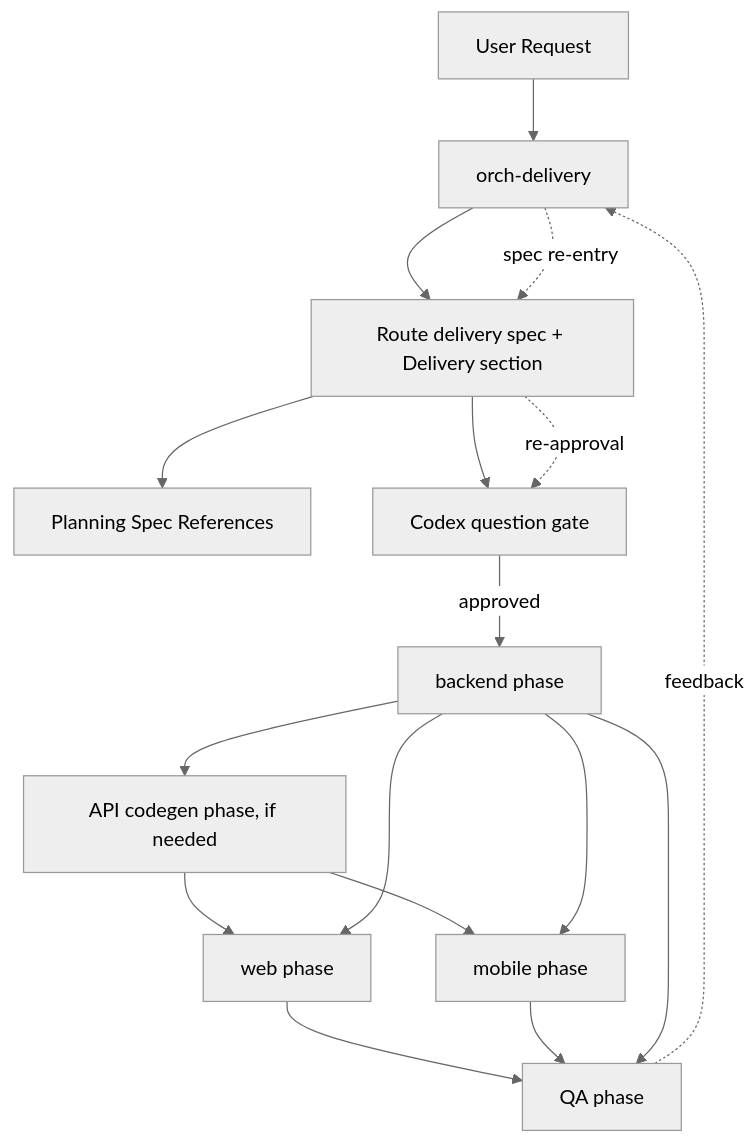
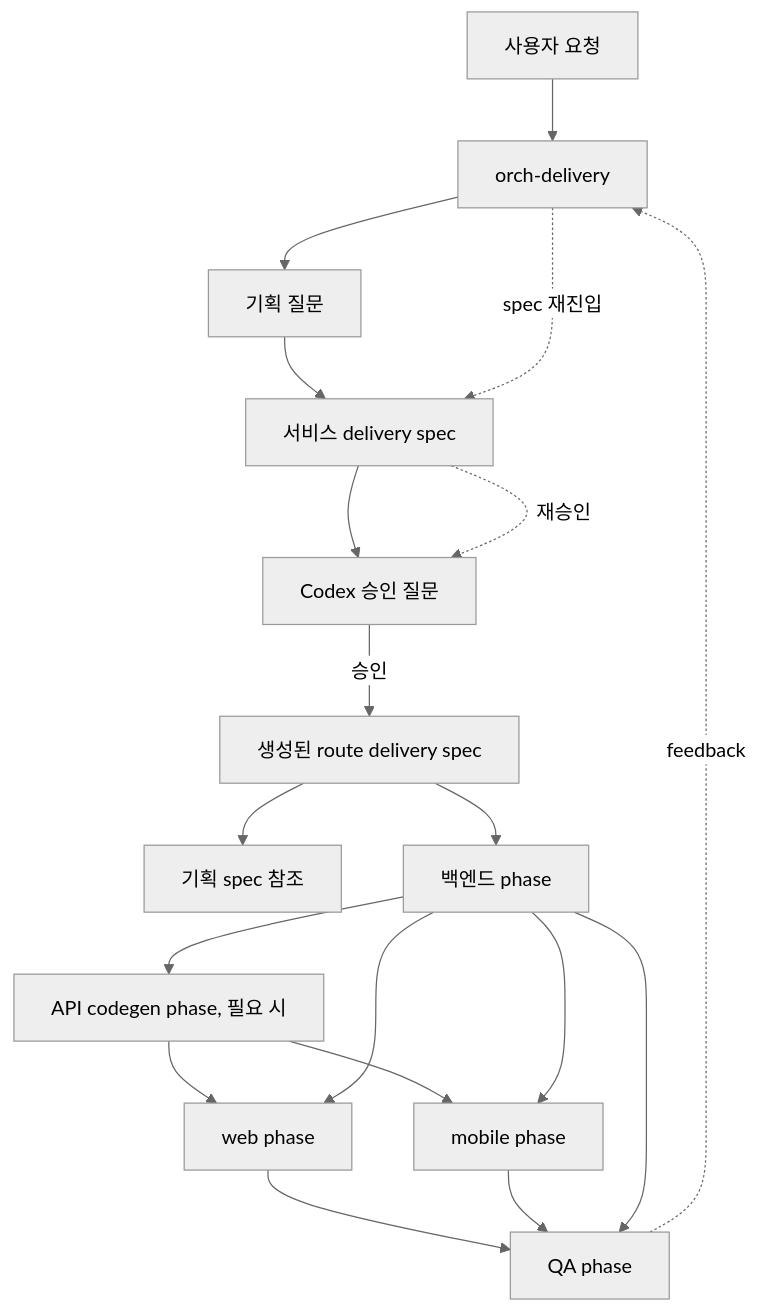
The first of 5 diagrams in docs/orchestration-agent-relationship-flow.md (kimjoongwon/prj-core), drawn with Mermaid (neutral theme) before and after one commit. The commit also changed other lines of this file and 5 other files, not shown here.

Commit message:
docs: 서비스 delivery 오케스트레이션 정리

````diff
--- a/docs/orchestration-agent-relationship-flow.md
+++ b/docs/orchestration-agent-relationship-flow.md
@@ -9,20 +10,22 @@
 ```mermaid
 flowchart TD
-  Request["User Request"] --> Delivery["orch-delivery"]
-  Delivery --> Spec["Route delivery spec + Delivery section"]
-  Spec --> Planning["Planning Spec References"]
-  Spec --> Ask["Codex question gate"]
-  Ask -->|approved| Backend["backend phase"]
-  Backend --> Codegen["API codegen phase, if needed"]
+  Request["사용자 요청"] --> Delivery["orch-delivery"]
+  Delivery --> Discovery["기획 질문"]
+  Discovery --> ServiceSpec["서비스 delivery spec"]
+  ServiceSpec --> Ask["Codex 승인 질문"]
+  Ask -->|승인| RouteSpecs["생성된 route delivery spec"]
+  RouteSpecs --> Planning["기획 spec 참조"]
+  RouteSpecs --> Backend["백엔드 phase"]
+  Backend --> Codegen["API codegen phase, 필요 시"]
   Codegen --> Web["web phase"]
   Codegen --> Mobile["mobile phase"]
   Backend --> Web
   Backend --> Mobile
   Web --> QA["QA phase"]
   Mobile --> QA
   Backend --> QA
 
   QA -. feedback .-> Delivery
-  Delivery -. spec re-entry .-> Spec
-  Spec -. re-approval .-> Ask
+  Delivery -. spec 재진입 .-> ServiceSpec
+  ServiceSpec -. 재승인 .-> Ask
 ```
````
